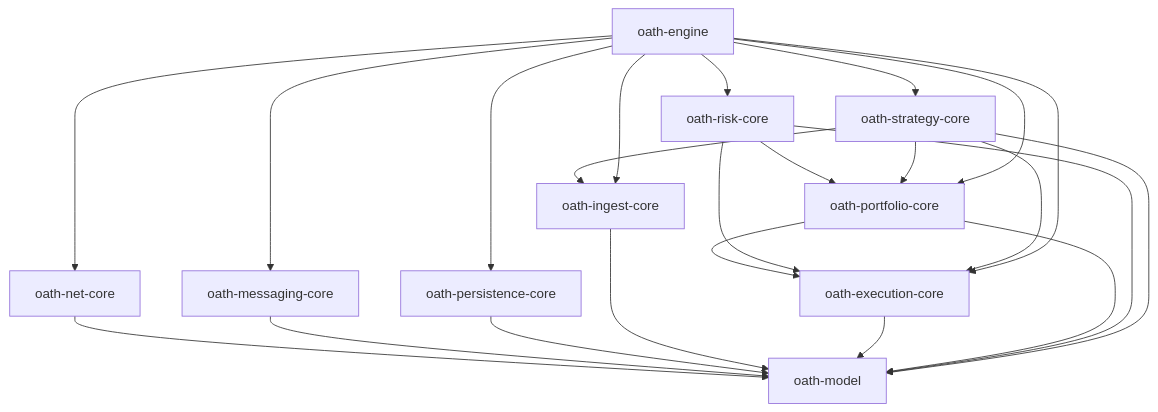
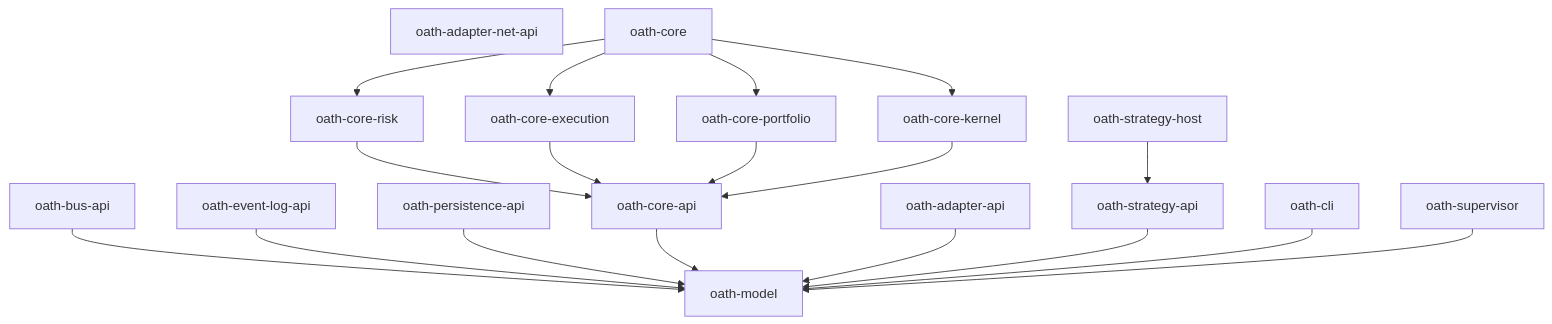
One commit to NotAProfDev/oath changed the diagram in README.md. Above: the diagram before and after it, drawn with Mermaid. The commit also changed other lines of this file and 4 other files, not shown here.

````diff
--- a/README.md
+++ b/README.md
@@ -29,36 +33,26 @@
 ```mermaid
 graph TD
     model[oath-model]
-    net[oath-net-core]
-    msg[oath-messaging-core]
-    per[oath-persistence-core]
-    ing[oath-ingest-core]
-    exe[oath-execution-core]
-    por[oath-portfolio-core]
-    risk[oath-risk-core]
-    strat[oath-strategy-core]
-    eng[oath-engine]
 
-    net --> model
-    msg --> model
-    per --> model
-    ing --> model
-    exe --> model
-    por --> model
-    por --> exe
-    risk --> model
-    risk --> exe
-    risk --> por
-    strat --> model
-    strat --> ing
-    strat --> exe
-    strat --> por
-    eng --> net
-    eng --> msg
-    eng --> per
-    eng --> ing
-    eng --> exe
-    eng --> por
-    eng --> risk
-    eng --> strat
+    busapi[oath-bus-api] --> model
+    evlog[oath-event-log-api] --> model
+    perapi[oath-persistence-api] --> model
+    coreapi[oath-core-api] --> model
+    adapterapi[oath-adapter-api] --> model
+    stratapi[oath-strategy-api] --> model
+    netapi[oath-adapter-net-api]
+
+    risk[oath-core-risk] --> coreapi
+    exe[oath-core-execution] --> coreapi
+    por[oath-core-portfolio] --> coreapi
+    kernel[oath-core-kernel] --> coreapi
+
+    core[oath-core] --> kernel
+    core --> risk
+    core --> exe
+    core --> por
+
+    strathost[oath-strategy-host] --> stratapi
+    cli[oath-cli] --> model
+    sup[oath-supervisor] --> model
 ```
````
